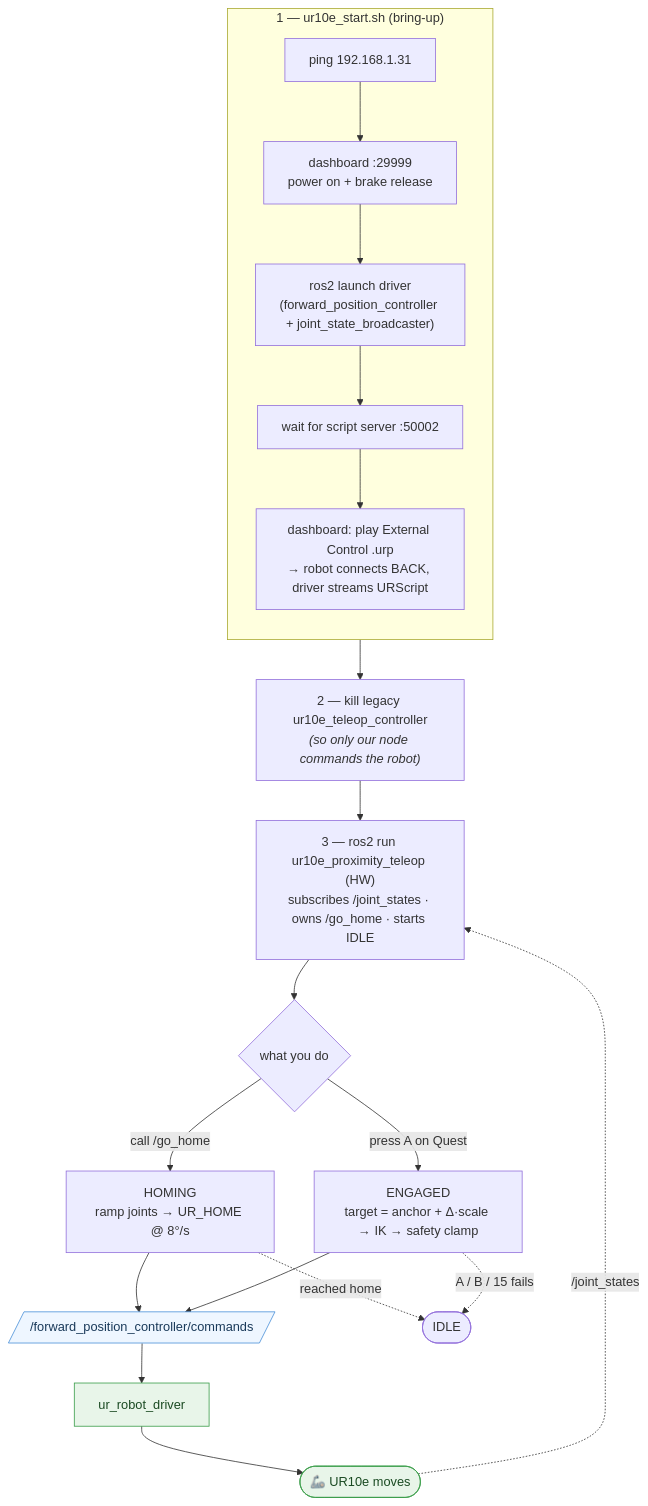
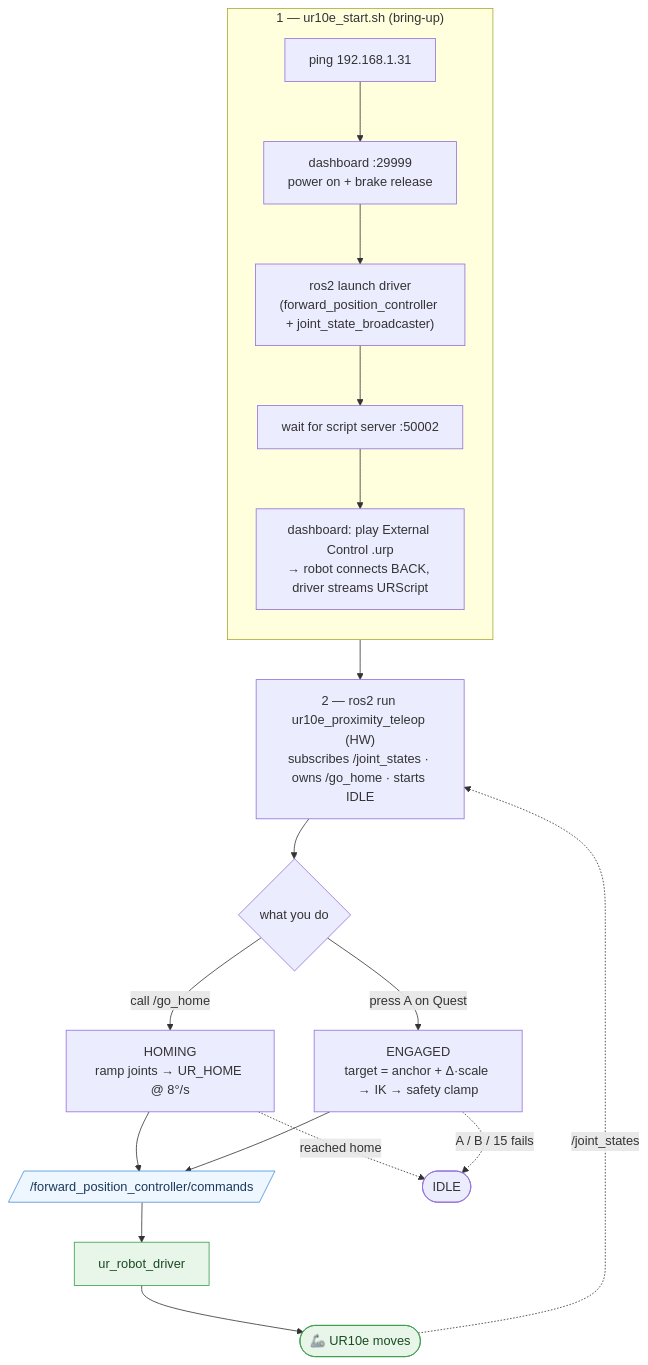
Before and after one commit to Noniro/Quest2ROS2: the second of 3 diagrams in docs/ur10e_teleop_architecture.md, drawn with Mermaid. The commit also changed other lines of this file, not shown here.

First line of the commit message:
docs: remove obsolete 'kill legacy controller' step from architecture guide

````diff
--- a/docs/ur10e_teleop_architecture.md
+++ b/docs/ur10e_teleop_architecture.md
@@ -189,30 +184,29 @@
 ```mermaid
 flowchart TD
     subgraph BRINGUP["1 — ur10e_start.sh (bring-up)"]
         direction TB
         A1["ping 192.168.1.31"] --> A2["dashboard :29999<br/>power on + brake release"]
         A2 --> A3["ros2 launch driver<br/>(forward_position_controller + joint_state_broadcaster)"]
         A3 --> A4["wait for script server :50002"]
         A4 --> A5["dashboard: play External Control .urp<br/>→ robot connects BACK, driver streams URScript"]
     end
 
-    BRINGUP --> KILL["2 — kill legacy ur10e_teleop_controller<br/><i>(so only our node commands the robot)</i>"]
-    KILL --> RUN["3 — ros2 run ur10e_proximity_teleop (HW)<br/>subscribes /joint_states · owns /go_home · starts IDLE"]
+    BRINGUP --> RUN["2 — ros2 run ur10e_proximity_teleop (HW)<br/>subscribes /joint_states · owns /go_home · starts IDLE"]
 
     RUN --> CHOICE{"what you do"}
     CHOICE -->|call /go_home| HOMING["HOMING<br/>ramp joints → UR_HOME @ 8°/s"]
     CHOICE -->|press A on Quest| ENGAGED["ENGAGED<br/>target = anchor + Δ·scale → IK → safety clamp"]
 
     HOMING --> CMD[/"/forward_position_controller/commands"/]
     ENGAGED --> CMD
     CMD --> DRV["ur_robot_driver"] --> ROBOT(["🦾 UR10e moves"])
     ROBOT -.->|/joint_states| RUN
 
     HOMING -.->|reached home| DONE([IDLE])
     ENGAGED -.->|A / B / 15 fails| DONE
 
     classDef topic fill:#eef6ff,stroke:#4a90d9,color:#1a3a5a;
     classDef hw fill:#e8f5e9,stroke:#3a9d4a,color:#1a4a22;
     class CMD topic;
     class ROBOT,DRV hw;
 ```
````
